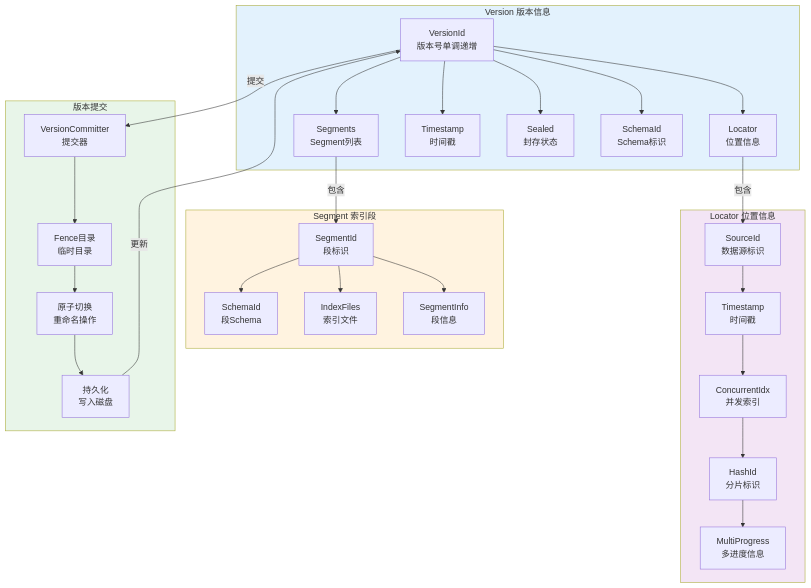
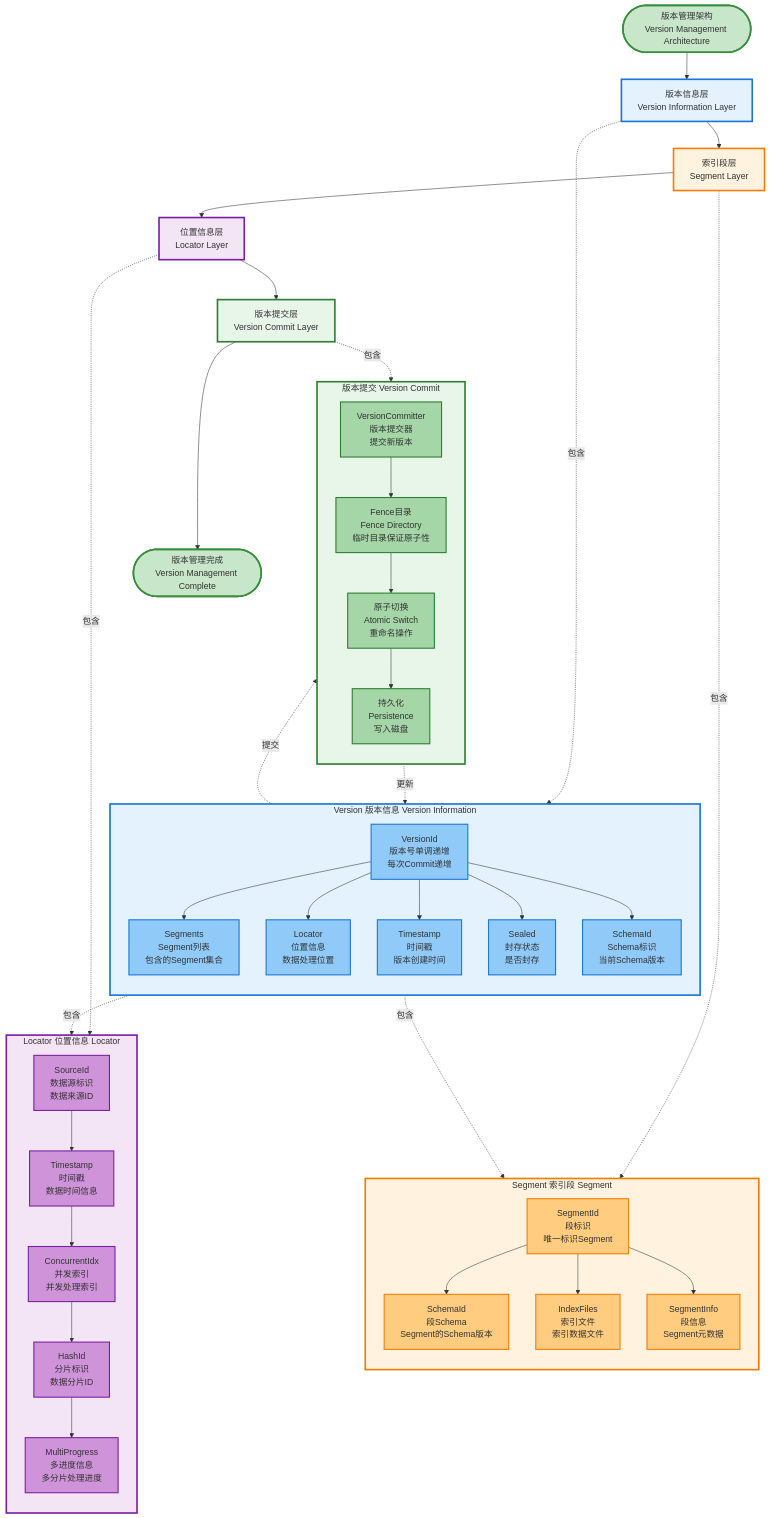
One commit to zhouzhilong-commits/zhouzhilong-commits.github.io changed the second of 27 diagrams in _posts/2025-06-24-indexlib-5-version-management.md. Above: the diagram before and after it, drawn with Mermaid. The commit also changed other lines of this file and 19 other files, not shown here.

````diff
--- a/_posts/2025-06-24-indexlib-5-version-management.md
+++ b/_posts/2025-06-24-indexlib-5-version-management.md
@@ -89,12 +135,15 @@
 ```mermaid
-flowchart TD
-    subgraph Version["Version 版本信息"]
-        V1[VersionId<br/>版本号单调递增]
-        V2[Segments<br/>Segment列表]
-        V3[Locator<br/>位置信息]
-        V4[Timestamp<br/>时间戳]
-        V5[Sealed<br/>封存状态]
-        V6[SchemaId<br/>Schema标识]
+flowchart TB
+    Start([版本管理架构<br/>Version Management Architecture]) --> VersionLayer[版本信息层<br/>Version Information Layer]
+    
+    subgraph VersionGroup["Version 版本信息 Version Information"]
+        direction TB
+        V1[VersionId<br/>版本号单调递增<br/>每次Commit递增]
+        V2[Segments<br/>Segment列表<br/>包含的Segment集合]
+        V3[Locator<br/>位置信息<br/>数据处理位置]
+        V4[Timestamp<br/>时间戳<br/>版本创建时间]
+        V5[Sealed<br/>封存状态<br/>是否封存]
+        V6[SchemaId<br/>Schema标识<br/>当前Schema版本]
         V1 --> V2
         V1 --> V3
         V1 --> V4
@@ -102,45 +151,86 @@
         V1 --> V6
     end
     
-    subgraph Segment["Segment 索引段"]
-        S1[SegmentId<br/>段标识]
-        S2[SchemaId<br/>段Schema]
-        S3[IndexFiles<br/>索引文件]
-        S4[SegmentInfo<br/>段信息]
+    VersionLayer --> SegmentLayer[索引段层<br/>Segment Layer]
+    
+    subgraph SegmentGroup["Segment 索引段 Segment"]
+        direction TB
+        S1[SegmentId<br/>段标识<br/>唯一标识Segment]
+        S2[SchemaId<br/>段Schema<br/>Segment的Schema版本]
+        S3[IndexFiles<br/>索引文件<br/>索引数据文件]
+        S4[SegmentInfo<br/>段信息<br/>Segment元数据]
         S1 --> S2
         S1 --> S3
         S1 --> S4
     end
     
-    subgraph Locator["Locator 位置信息"]
-        L1[SourceId<br/>数据源标识]
-        L2[Timestamp<br/>时间戳]
-        L3[ConcurrentIdx<br/>并发索引]
-        L4[HashId<br/>分片标识]
-        L5[MultiProgress<br/>多进度信息]
+    SegmentLayer --> LocatorLayer[位置信息层<br/>Locator Layer]
+    
+    subgraph LocatorGroup["Locator 位置信息 Locator"]
+        direction TB
+        L1[SourceId<br/>数据源标识<br/>数据来源ID]
+        L2[Timestamp<br/>时间戳<br/>数据时间信息]
+        L3[ConcurrentIdx<br/>并发索引<br/>并发处理索引]
+        L4[HashId<br/>分片标识<br/>数据分片ID]
+        L5[MultiProgress<br/>多进度信息<br/>多分片处理进度]
         L1 --> L2
         L2 --> L3
         L3 --> L4
         L4 --> L5
     end
     
-    subgraph Commit["版本提交"]
-        C1[VersionCommitter<br/>提交器]
-        C2[Fence目录<br/>临时目录]
-        C3[原子切换<br/>重命名操作]
-        C4[持久化<br/>写入磁盘]
+    LocatorLayer --> CommitLayer[版本提交层<br/>Version Commit Layer]
+    
+    subgraph CommitGroup["版本提交 Version Commit"]
+        direction TB
+        C1[VersionCommitter<br/>版本提交器<br/>提交新版本]
+        C2[Fence目录<br/>Fence Directory<br/>临时目录保证原子性]
+        C3[原子切换<br/>Atomic Switch<br/>重命名操作]
+        C4[持久化<br/>Persistence<br/>写入磁盘]
         C1 --> C2
         C2 --> C3
         C3 --> C4
     end
     
-    V2 -->|包含| S1
-    V3 -->|包含| L1
-    V1 -->|提交| C1
-    C4 -->|更新| V1
+    CommitLayer --> End([版本管理完成<br/>Version Management Complete])
     
-    style Version fill:#e3f2fd
-    style Segment fill:#fff3e0
-    style Locator fill:#f3e5f5
-    style Commit fill:#e8f5e9
+    VersionLayer -.->|包含| VersionGroup
+    SegmentLayer -.->|包含| SegmentGroup
+    LocatorLayer -.->|包含| LocatorGroup
+    CommitLayer -.->|包含| CommitGroup
+    
+    V2 -.->|包含| S1
+    V3 -.->|包含| L1
+    V1 -.->|提交| C1
+    C4 -.->|更新| V1
+    
+    style Start fill:#c8e6c9,stroke:#388e3c,stroke-width:3px
+    style End fill:#c8e6c9,stroke:#388e3c,stroke-width:3px
+    style VersionLayer fill:#e3f2fd,stroke:#1976d2,stroke-width:3px
+    style SegmentLayer fill:#fff3e0,stroke:#f57c00,stroke-width:3px
+    style LocatorLayer fill:#f3e5f5,stroke:#7b1fa2,stroke-width:3px
+    style CommitLayer fill:#e8f5e9,stroke:#2e7d32,stroke-width:3px
+    style VersionGroup fill:#e3f2fd,stroke:#1976d2,stroke-width:3px
+    style V1 fill:#90caf9,stroke:#1976d2,stroke-width:2px
+    style V2 fill:#90caf9,stroke:#1976d2,stroke-width:2px
+    style V3 fill:#90caf9,stroke:#1976d2,stroke-width:2px
+    style V4 fill:#90caf9,stroke:#1976d2,stroke-width:2px
+    style V5 fill:#90caf9,stroke:#1976d2,stroke-width:2px
+    style V6 fill:#90caf9,stroke:#1976d2,stroke-width:2px
+    style SegmentGroup fill:#fff3e0,stroke:#f57c00,stroke-width:3px
+    style S1 fill:#ffcc80,stroke:#f57c00,stroke-width:2px
+    style S2 fill:#ffcc80,stroke:#f57c00,stroke-width:2px
+    style S3 fill:#ffcc80,stroke:#f57c00,stroke-width:2px
+    style S4 fill:#ffcc80,stroke:#f57c00,stroke-width:2px
+    style LocatorGroup fill:#f3e5f5,stroke:#7b1fa2,stroke-width:3px
+    style L1 fill:#ce93d8,stroke:#7b1fa2,stroke-width:2px
+    style L2 fill:#ce93d8,stroke:#7b1fa2,stroke-width:2px
+    style L3 fill:#ce93d8,stroke:#7b1fa2,stroke-width:2px
+    style L4 fill:#ce93d8,stroke:#7b1fa2,stroke-width:2px
+    style L5 fill:#ce93d8,stroke:#7b1fa2,stroke-width:2px
+    style CommitGroup fill:#e8f5e9,stroke:#2e7d32,stroke-width:3px
+    style C1 fill:#a5d6a7,stroke:#2e7d32,stroke-width:2px
+    style C2 fill:#a5d6a7,stroke:#2e7d32,stroke-width:2px
+    style C3 fill:#a5d6a7,stroke:#2e7d32,stroke-width:2px
+    style C4 fill:#a5d6a7,stroke:#2e7d32,stroke-width:2px
 ```
````
